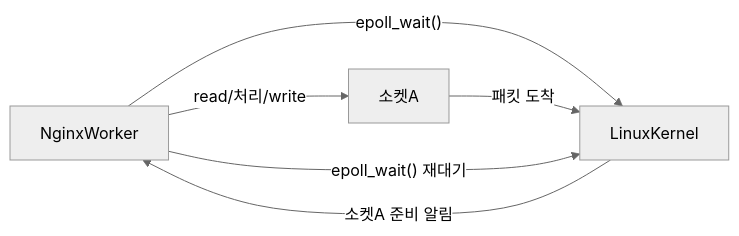
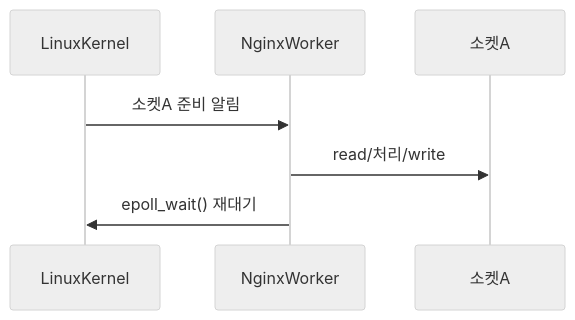
Before and after one commit to yjkim2015/yjkim2015.github.io: the third of 18 diagrams in _posts/server/2026-05-01-nginx.md, drawn with Mermaid (neutral theme). The commit also changed other lines of this file and 89 other files, not shown here.

First line of the commit message:
복잡한 flowchart 163개 → sequenceDiagram 변환 (90파일)

````diff
--- a/_posts/server/2026-05-01-nginx.md
+++ b/_posts/server/2026-05-01-nginx.md
@@ -66,8 +64,6 @@
 ```mermaid
-graph LR
-    W["NginxWorker"] -->|"epoll_wait()"| K["LinuxKernel"]
-    S1["소켓A"] -->|"패킷 도착"| K
-    K -->|"소켓A 준비 알림"| W
-    W -->|"read/처리/write"| S1
-    W -->|"epoll_wait() 재대기"| K
+sequenceDiagram
+    LinuxKernel->>NginxWorker: 소켓A 준비 알림
+    NginxWorker->>소켓A: read/처리/write
+    NginxWorker->>LinuxKernel: epoll_wait() 재대기
 ```
````
